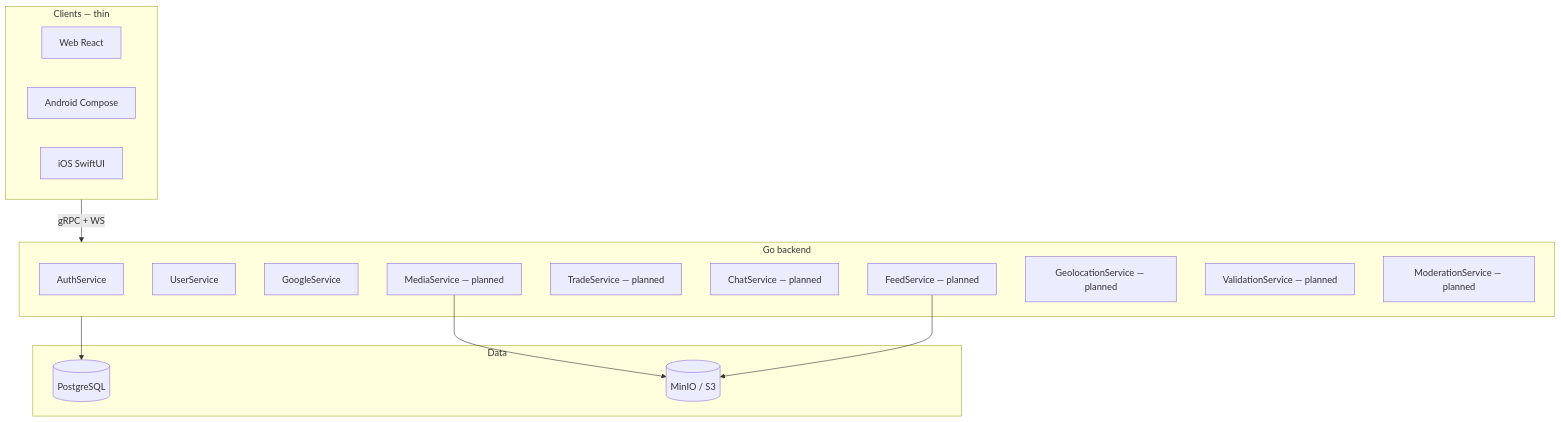
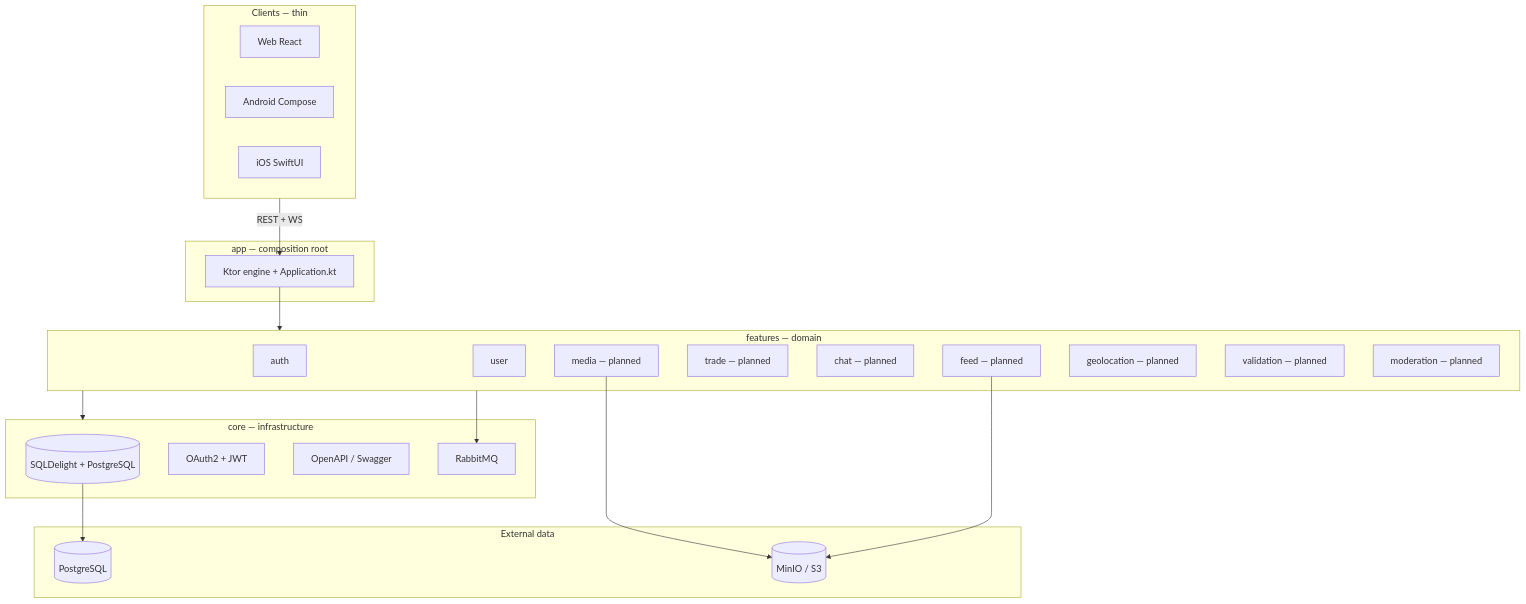
Before and after one commit to bieniucieniu/zula: the diagram in docs/architecture.md, drawn with Mermaid. The commit also changed other lines of this file and 20 other files, not shown here.

First line of the commit message:
docs: align with modular Ktor app/core/features layout

````diff
--- a/docs/architecture.md
+++ b/docs/architecture.md
@@ -9,31 +85,44 @@
 ```mermaid
 flowchart TB
     subgraph clients [Clients — thin]
         web[Web React]
         android[Android Compose]
         ios[iOS SwiftUI]
     end
 
-    subgraph backend [Go backend]
-        auth[AuthService]
-        user[UserService]
-        google[GoogleService]
-        feed[FeedService — planned]
-        trade[TradeService — planned]
-        chat[ChatService — planned]
-        media[MediaService — planned]
-        geo[GeolocationService — planned]
-        val[ValidationService — planned]
-        mod[ModerationService — planned]
+    subgraph app [app — composition root]
+        ktor[Ktor engine + Application.kt]
     end
 
-    subgraph data [Data]
+    subgraph core [core — infrastructure]
+        db[(SQLDelight + PostgreSQL)]
+        sec[OAuth2 + JWT]
+        oapi[OpenAPI / Swagger]
+        mq[RabbitMQ]
+    end
+
+    subgraph features [features — domain]
+        auth[auth]
+        user[user]
+        feed[feed — planned]
+        trade[trade — planned]
+        chat[chat — planned]
+        media[media — planned]
+        geo[geolocation — planned]
+        val[validation — planned]
+        mod[moderation — planned]
+    end
+
+  subgraph data [External data]
         pg[(PostgreSQL)]
         s3[(MinIO / S3)]
     end
 
-    clients -->|gRPC + WS| backend
-    backend --> pg
+    clients -->|REST + WS| ktor
+    ktor --> features
+    features --> core
+    db --> pg
     media --> s3
     feed --> s3
+    features --> mq
 ```
````
